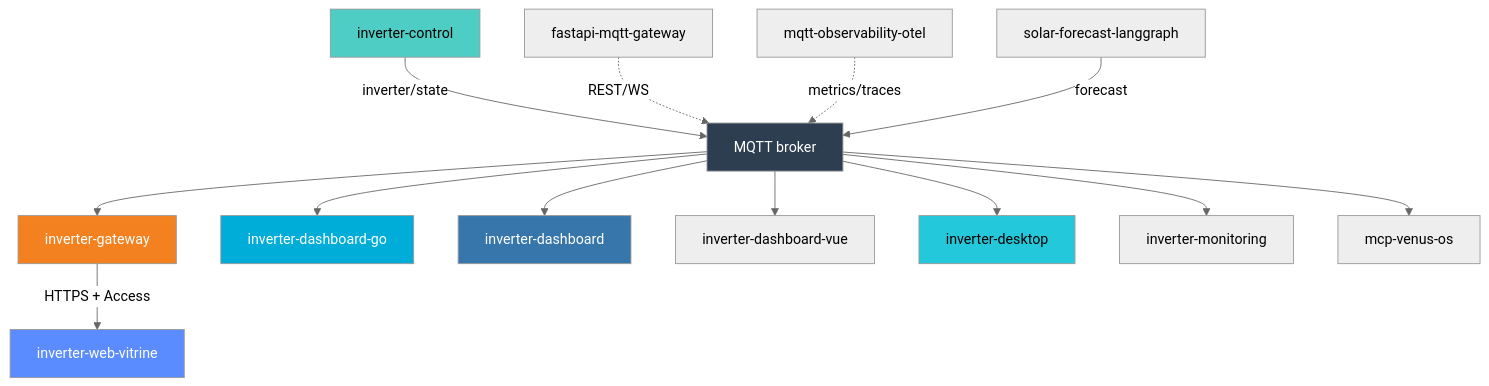
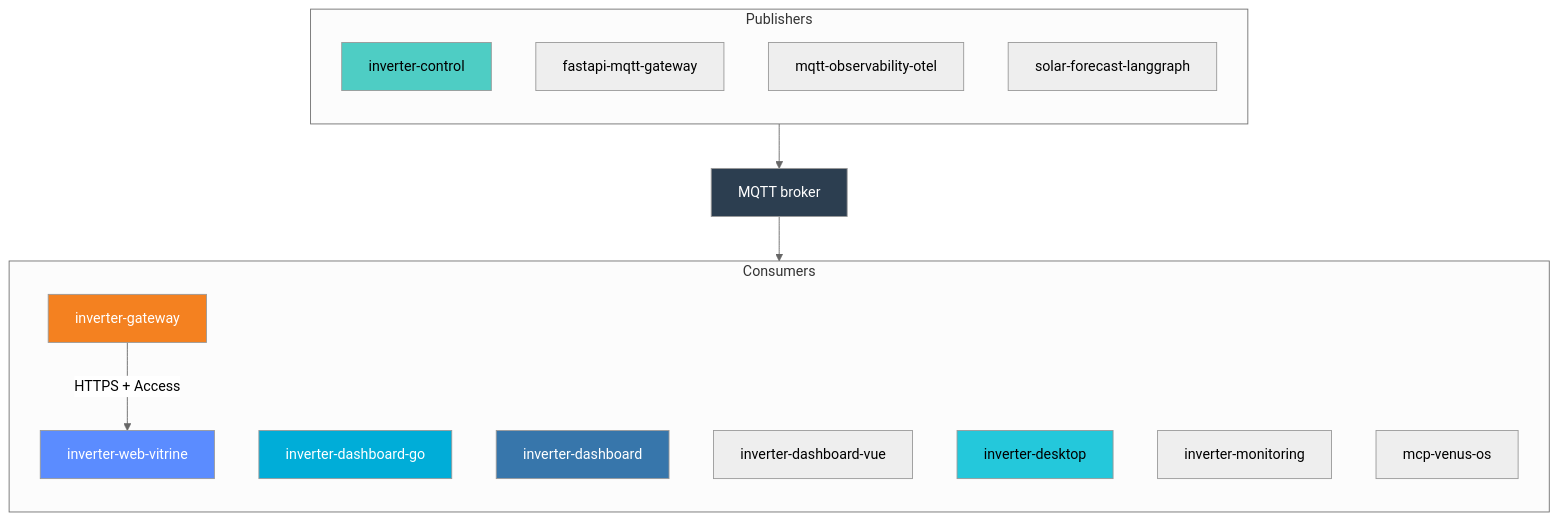
The second of 3 diagrams in docs/architecture.md (victron-venus/.github), drawn with Mermaid (neutral theme) before and after one commit. The commit also changed other lines of this file, not shown here.

First line of the commit message:
docs: split architecture into narrow vertical diagrams (#22)

````diff
--- a/docs/architecture.md
+++ b/docs/architecture.md
@@ -53,25 +55,35 @@
 ```mermaid
 flowchart TB
-    IC["inverter-control"] -->|"inverter/state"| MQTT["MQTT broker"]
-    FG["fastapi-mqtt-gateway"] -.->|"REST/WS"| MQTT
-    MO["mqtt-observability-otel"] -.->|"metrics/traces"| MQTT
-    SF["solar-forecast-langgraph"] -->|"forecast"| MQTT
+    subgraph Pub["Publishers"]
+        direction TB
+        IC["inverter-control"]
+        FG["fastapi-mqtt-gateway"]
+        MO["mqtt-observability-otel"]
+        SF["solar-forecast-langgraph"]
+    end
 
-    MQTT --> IGW["inverter-gateway"]
-    IGW -->|"HTTPS + Access"| VIT["inverter-web-vitrine"]
+    MQTT["MQTT broker"]
 
-    MQTT --> DGO["inverter-dashboard-go"]
-    MQTT --> DPY["inverter-dashboard"]
-    MQTT --> DVUE["inverter-dashboard-vue"]
-    MQTT --> DT["inverter-desktop"]
-    MQTT --> MON["inverter-monitoring"]
-    MQTT --> MCP["mcp-venus-os"]
+    subgraph Cons["Consumers"]
+        direction TB
+        IGW["inverter-gateway"]
+        VIT["inverter-web-vitrine"]
+        DGO["inverter-dashboard-go"]
+        DPY["inverter-dashboard"]
+        DVUE["inverter-dashboard-vue"]
+        DT["inverter-desktop"]
+        MON["inverter-monitoring"]
+        MCP["mcp-venus-os"]
+    end
+
+    Pub --> MQTT --> Cons
+    IGW -->|"HTTPS + Access"| VIT
 
     style MQTT fill:#2c3e50,color:#fff
     style IGW fill:#f48120,color:#fff
     style VIT fill:#5b8cff,color:#fff
     style DGO fill:#00ADD8,color:#fff
     style DPY fill:#3776ab,color:#fff
     style DT fill:#24c8db,color:#000
     style IC fill:#4ecdc4,color:#000
 ```
````
